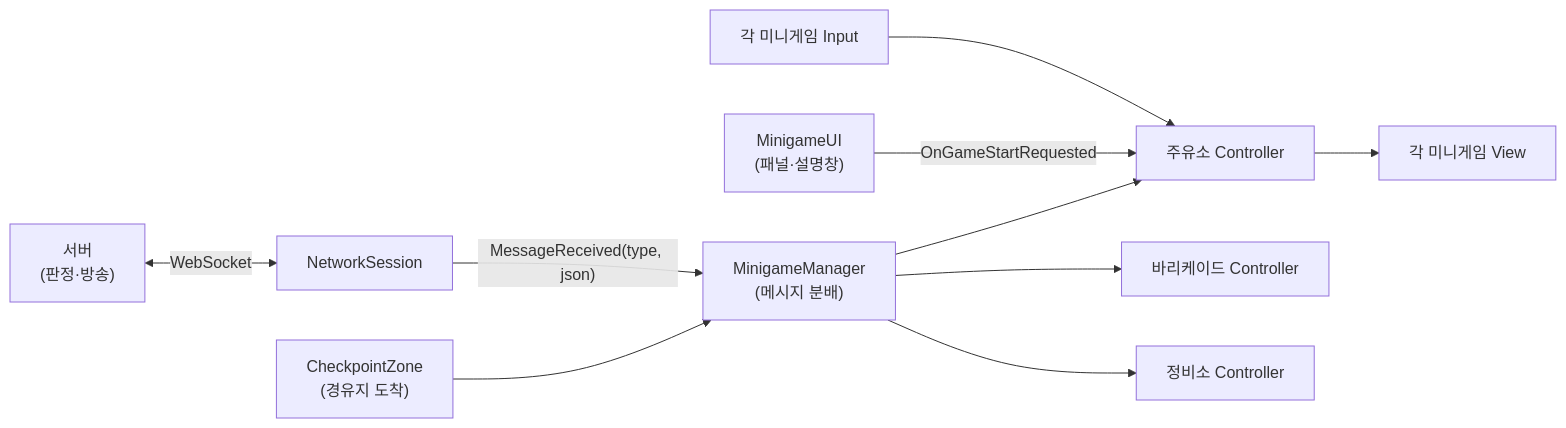
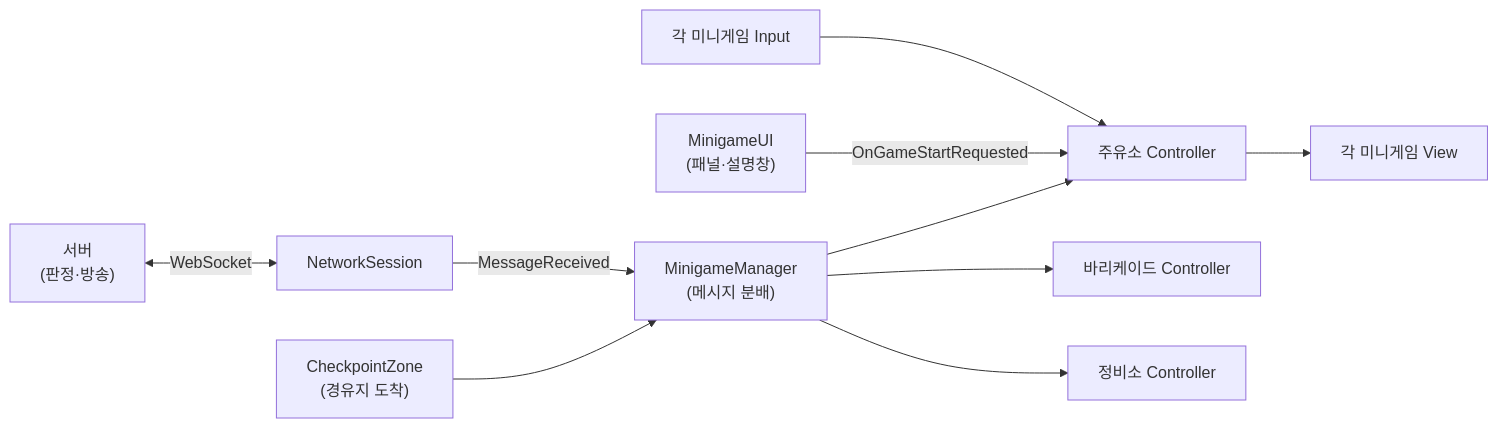
The second of 6 diagrams in src/2-team-driving/기술문서.md (ebsongg1/portfolio), drawn with Mermaid before and after one commit. The commit also changed other lines of this file and 1 other file, not shown here.

````diff
--- a/src/2-team-driving/기술문서.md
+++ b/src/2-team-driving/기술문서.md
@@ -119,12 +150,12 @@
 ```mermaid
 flowchart LR
     SV["서버<br/>(판정·방송)"] <-->|WebSocket| NS["NetworkSession"]
     CP["CheckpointZone<br/>(경유지 도착)"] --> MM["MinigameManager<br/>(메시지 분배)"]
-    NS -->|"MessageReceived(type, json)"| MM
+    NS -->|"MessageReceived"| MM
     MM --> GC["주유소 Controller"]
     MM --> BC["바리케이드 Controller"]
     MM --> RC["정비소 Controller"]
     UI["MinigameUI<br/>(패널·설명창)"] -->|"OnGameStartRequested"| GC
     IN["각 미니게임 Input"] --> GC
     GC --> VW["각 미니게임 View"]
 ```
````
